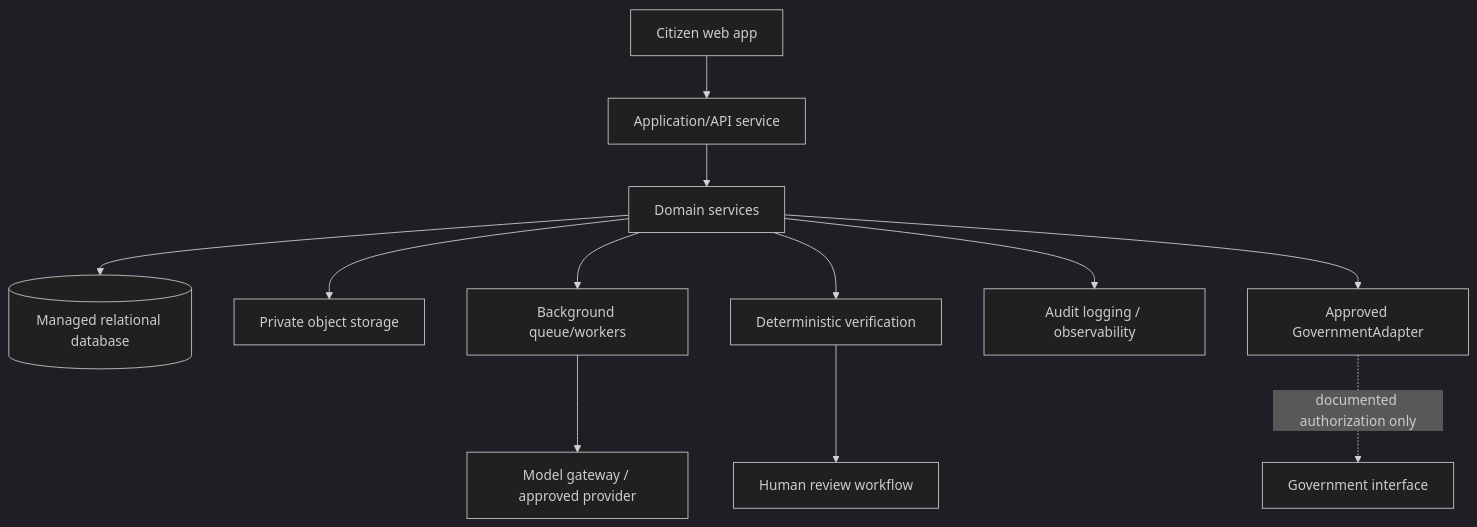
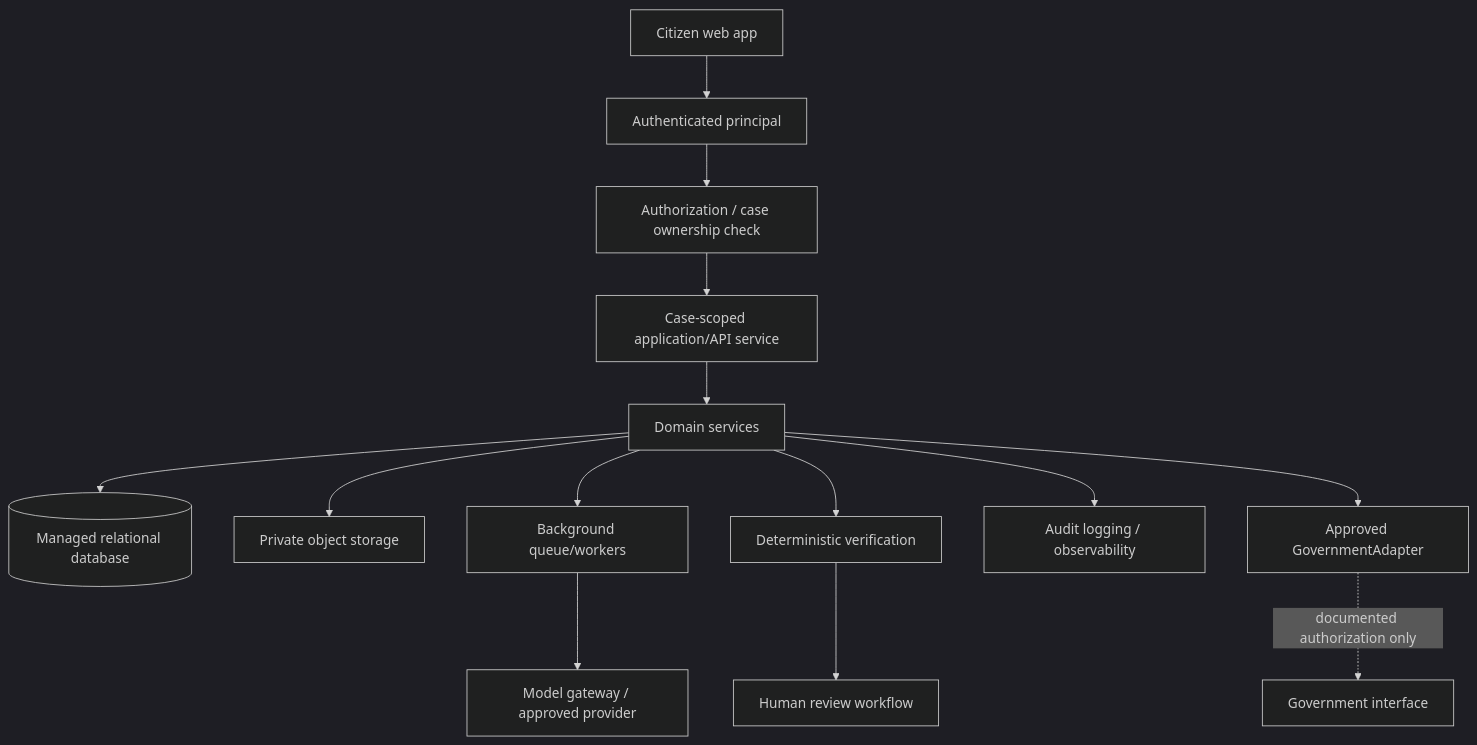
Before and after one commit to Haus-Nous/bhoomi-check: the second of 2 diagrams in docs/PRODUCTION_ARCHITECTURE.md, drawn with Mermaid (dark theme). The commit also changed other lines of this file and 41 other files, not shown here.

````diff
--- a/docs/PRODUCTION_ARCHITECTURE.md
+++ b/docs/PRODUCTION_ARCHITECTURE.md
@@ -23,14 +23,16 @@
 ```mermaid
 flowchart TD
-  UI[Citizen web app] --> API[Application/API service]
+  UI[Citizen web app] --> AUTH[Authenticated principal]
+  AUTH --> AUTHZ[Authorization / case ownership check]
+  AUTHZ --> API[Case-scoped application/API service]
   API --> DOMAIN[Domain services]
   DOMAIN --> RDB[(Managed relational database)]
   DOMAIN --> OBJ[Private object storage]
   DOMAIN --> QUEUE[Background queue/workers]
   QUEUE --> MODEL[Model gateway / approved provider]
   DOMAIN --> VERIFY[Deterministic verification]
   VERIFY --> HUMAN[Human review workflow]
   DOMAIN --> AUDIT[Audit logging / observability]
   DOMAIN --> ADAPTER[Approved GovernmentAdapter]
   ADAPTER -. documented authorization only .-> GOV[Government interface]
 ```
````
